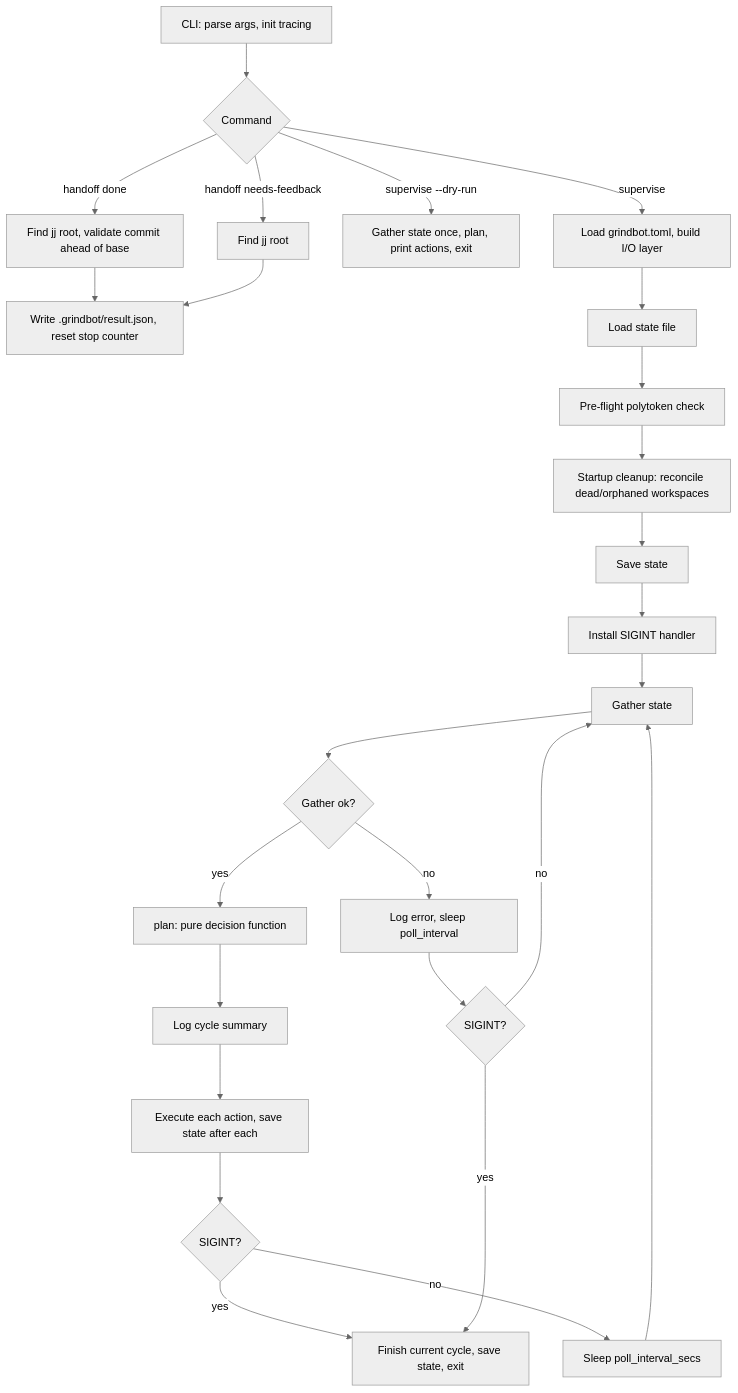
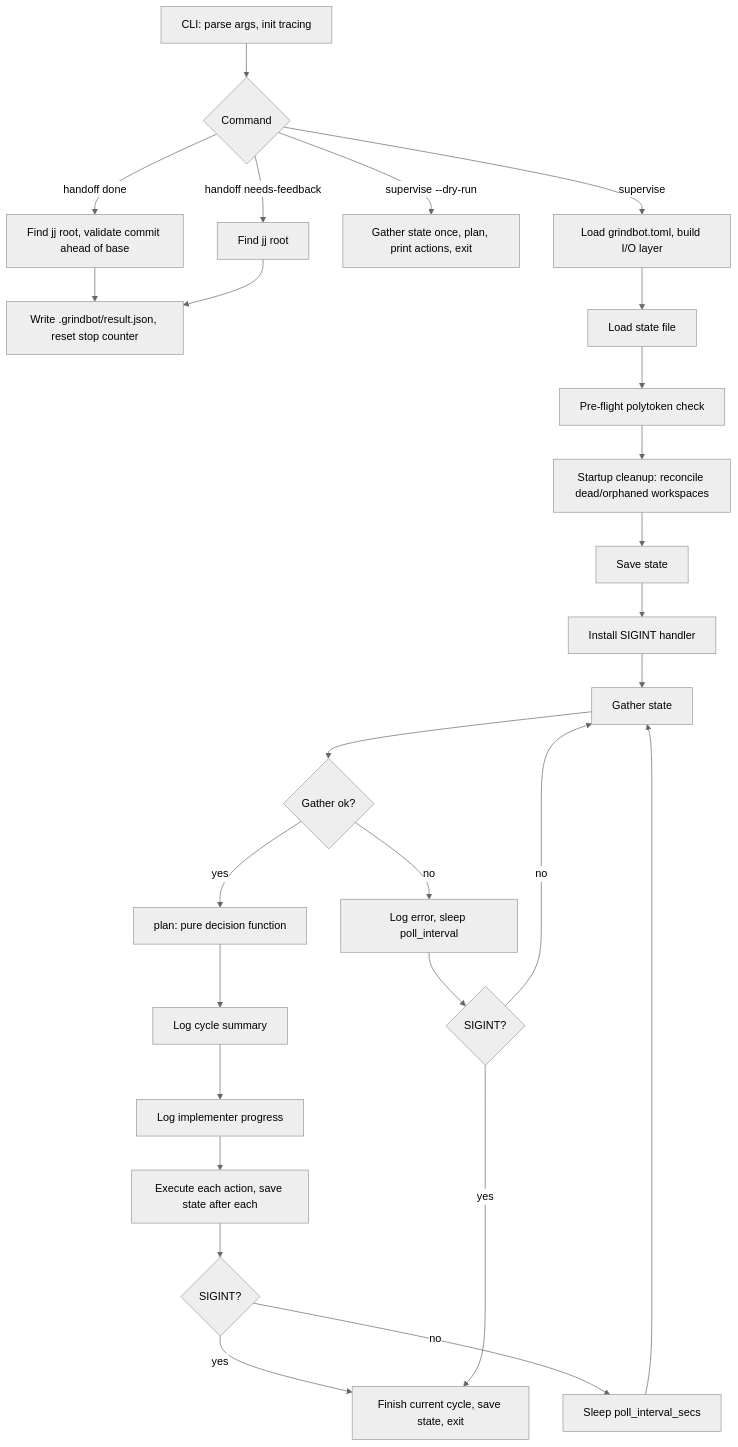
Before and after one commit to TimoFreiberg/grindbot: the first of 2 diagrams in CORE_LOOP.md, drawn with Mermaid (neutral theme). The commit also changed other lines of this file and 13 other files, not shown here.

````diff
--- a/CORE_LOOP.md
+++ b/CORE_LOOP.md
@@ -7,28 +7,29 @@
 ```mermaid
 flowchart TD
     A[CLI: parse args, init tracing] --> B{Command}
     B -->|handoff done| HD[Find jj root, validate commit ahead of base]
     B -->|handoff needs-feedback| HF[Find jj root]
     HD --> R[Write .grindbot/result.json, reset stop counter]
     HF --> R
     B -->|supervise --dry-run| DR[Gather state once, plan, print actions, exit]
     B -->|supervise| C[Load grindbot.toml, build I/O layer]
     C --> D[Load state file]
     D --> PC[Pre-flight polytoken check]
     PC --> SC[Startup cleanup: reconcile dead/orphaned workspaces]
     SC --> SV[Save state]
     SV --> SIG[Install SIGINT handler]
     SIG --> H[Gather state]
     H --> I{Gather ok?}
     I -->|no| W[Log error, sleep poll_interval]
     W --> SIG2{SIGINT?}
     SIG2 -->|no| H
     I -->|yes| P[plan: pure decision function]
     P --> L[Log cycle summary]
-    L --> X[Execute each action, save state after each]
+    L --> PL[Log implementer progress]
+    PL --> X[Execute each action, save state after each]
     X --> T{SIGINT?}
     T -->|no| SLEEP[Sleep poll_interval_secs]
     SLEEP --> H
     T -->|yes| FIN[Finish current cycle, save state, exit]
     SIG2 -->|yes| FIN
 ```
````
